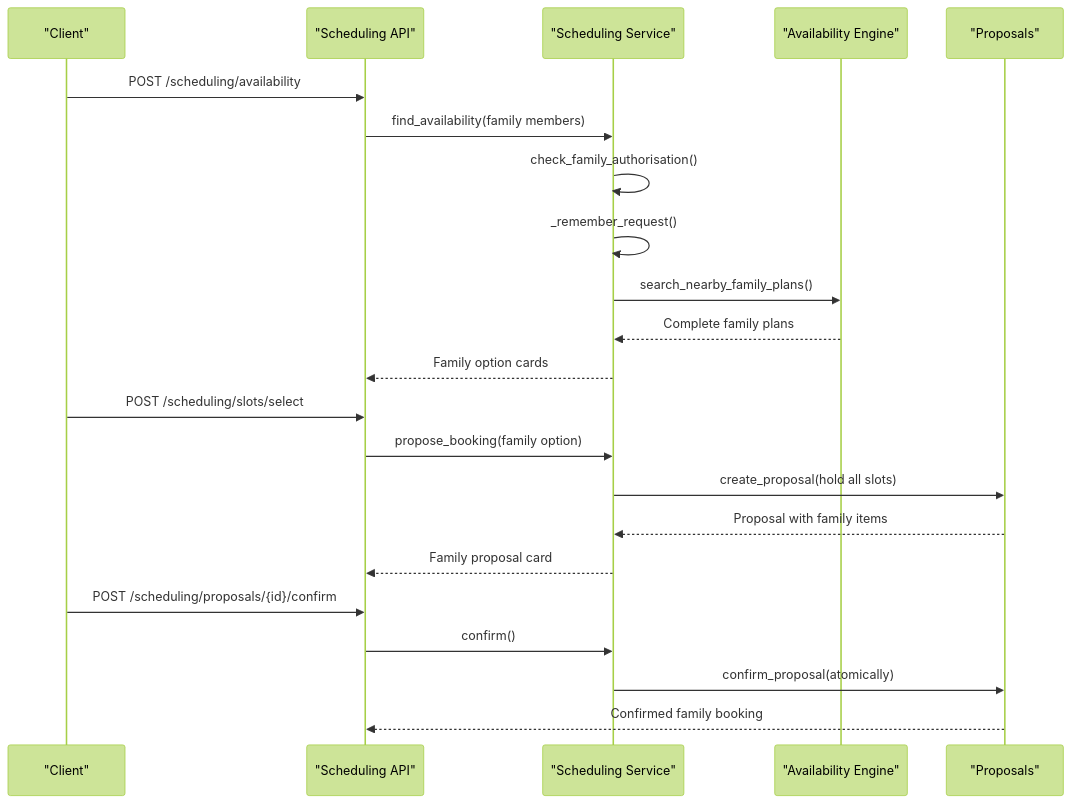
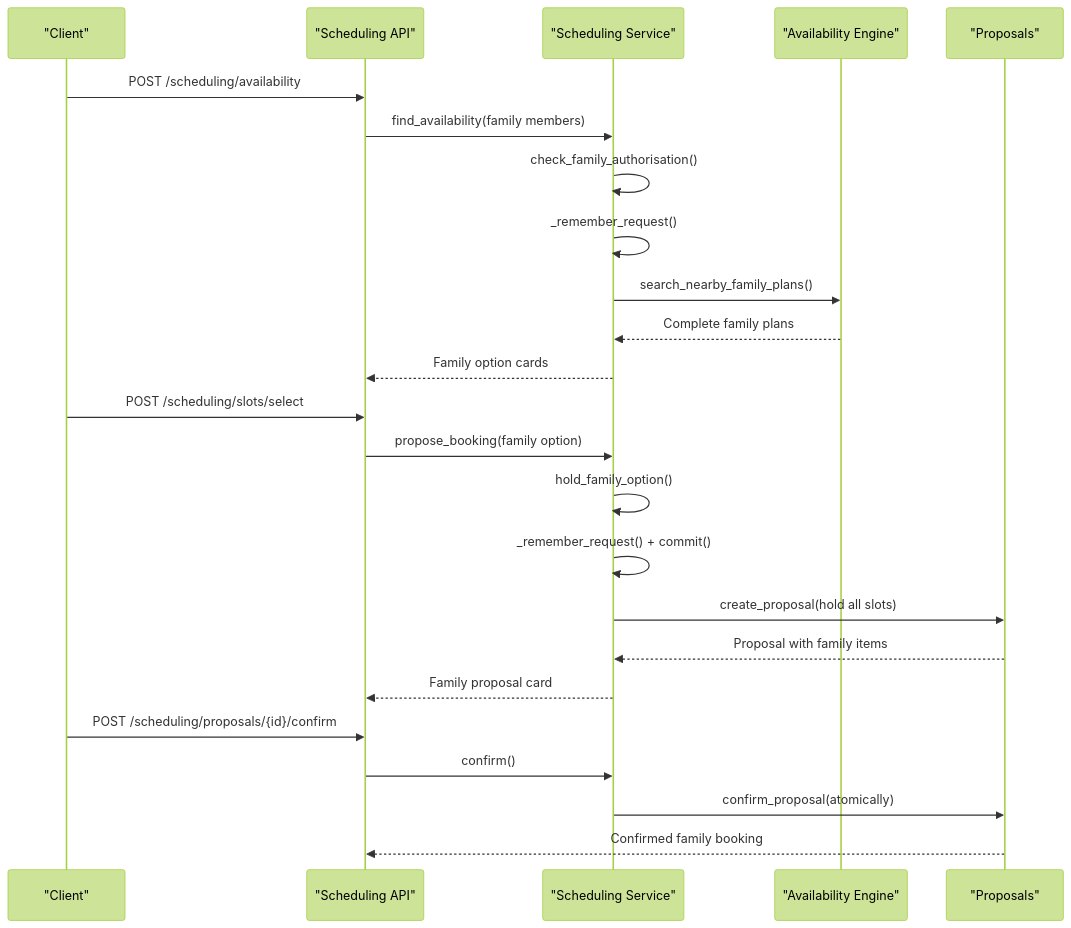
Before and after one commit to gokulkaarthicks/dental-chatbot: diagram 11 of 13 in .qoder/repowiki/en/content/Scheduling System/Family Booking Coordination.md, drawn with Mermaid (forest theme). The commit also changed other lines of this file and 280 other files, not shown here.

````diff
--- a/.qoder/repowiki/en/content/Scheduling System/Family Booking Coordination.md
+++ b/.qoder/repowiki/en/content/Scheduling System/Family Booking Coordination.md
@@ -401,24 +458,26 @@
 ```mermaid
 sequenceDiagram
 participant Client as "Client"
 participant API as "Scheduling API"
 participant Service as "Scheduling Service"
 participant Engine as "Availability Engine"
 participant Proposals as "Proposals"
 Client->>API : POST /scheduling/availability
 API->>Service : find_availability(family members)
 Service->>Service : check_family_authorisation()
 Service->>Service : _remember_request()
 Service->>Engine : search_nearby_family_plans()
 Engine-->>Service : Complete family plans
 Service-->>API : Family option cards
 Client->>API : POST /scheduling/slots/select
 API->>Service : propose_booking(family option)
+Service->>Service : hold_family_option()
+Service->>Service : _remember_request() + commit()
 Service->>Proposals : create_proposal(hold all slots)
 Proposals-->>Service : Proposal with family items
 Service-->>API : Family proposal card
 Client->>API : POST /scheduling/proposals/{id}/confirm
 API->>Service : confirm()
 Service->>Proposals : confirm_proposal(atomically)
 Proposals-->>API : Confirmed family booking
 ```
````
